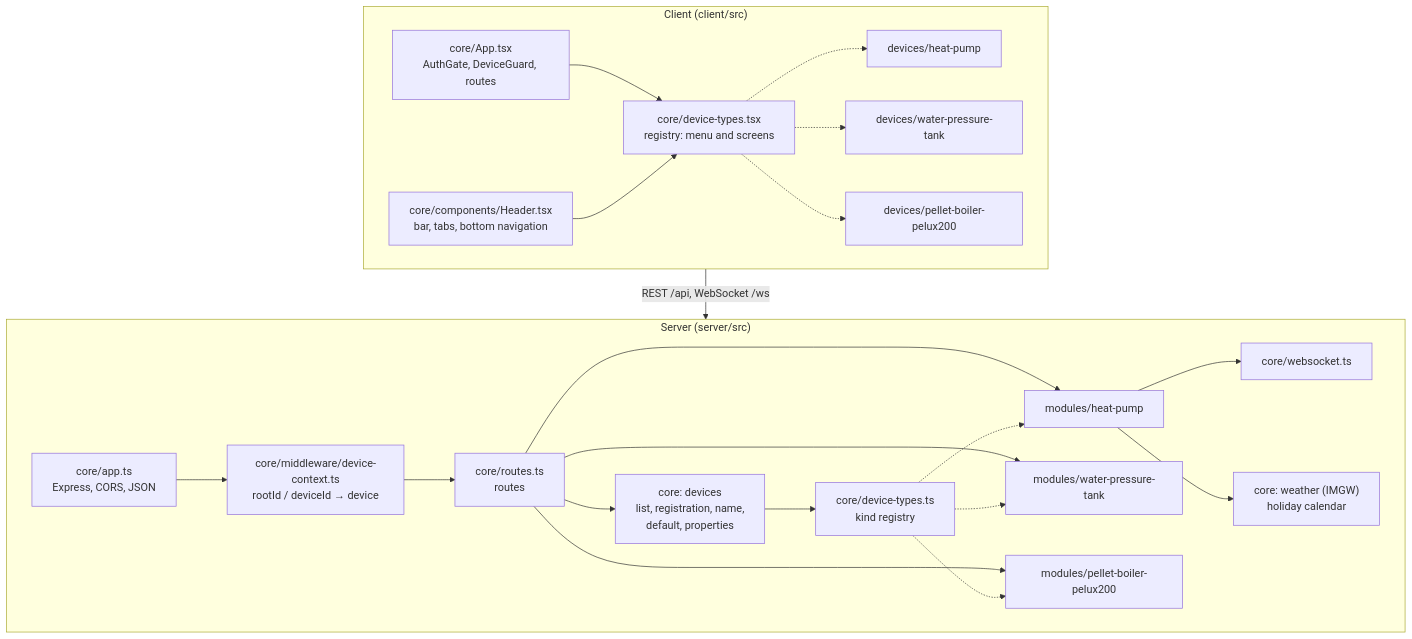
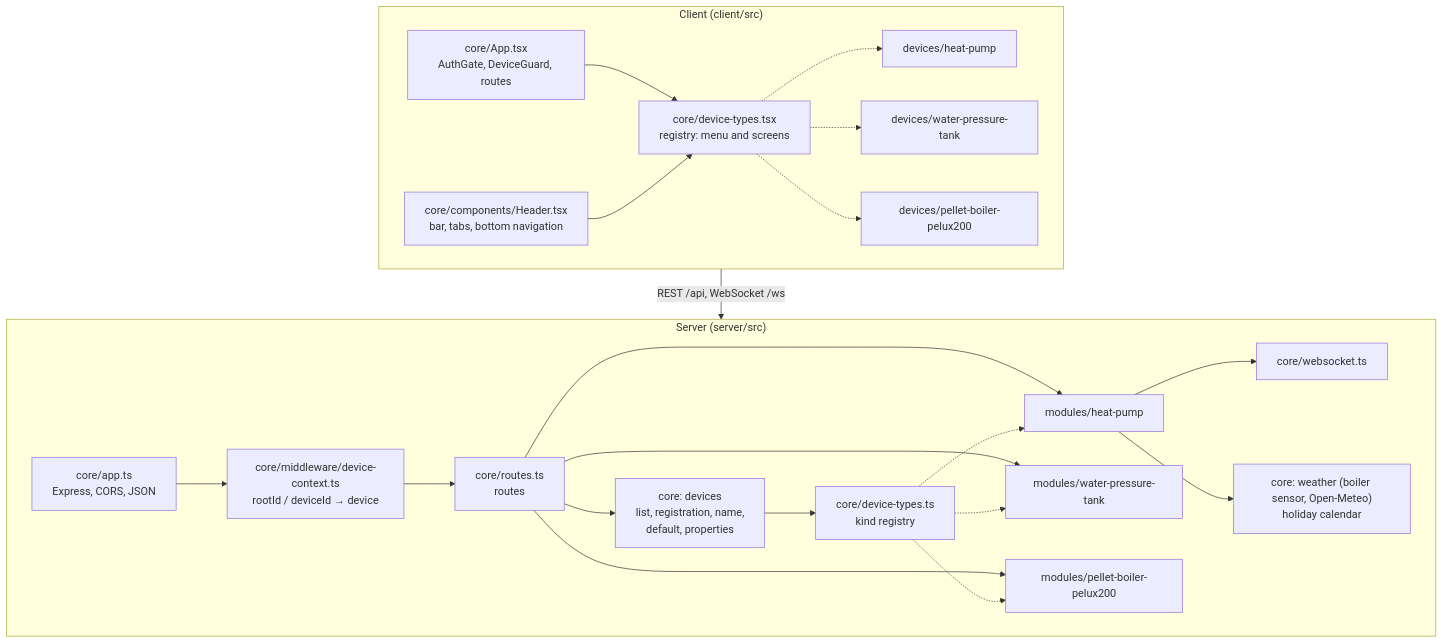
The first of 6 diagrams in docs/en/moduly/core/2-how-it-works.md (robertorlowski/my-home), drawn with Mermaid before and after one commit. The commit also changed other lines of this file and 14 other files, not shown here.

````diff
--- a/docs/en/moduly/core/2-how-it-works.md
+++ b/docs/en/moduly/core/2-how-it-works.md
@@ -9,40 +9,40 @@
 ```mermaid
 flowchart TB
     subgraph Server["Server (server/src)"]
         APP["core/app.ts<br/>Express, CORS, JSON"]
         CTX["core/middleware/device-context.ts<br/>rootId / deviceId → device"]
         RT["core/routes.ts<br/>routes"]
         DEV["core: devices<br/>list, registration, name,<br/>default, properties"]
         REG["core/device-types.ts<br/>kind registry"]
         HPM["modules/heat-pump"]
         WPT["modules/water-pressure-tank"]
         PBM["modules/pellet-boiler-pelux200"]
         WS["core/websocket.ts"]
-        MET["core: weather (IMGW)<br/>holiday calendar"]
+        MET["core: weather (boiler sensor, Open-Meteo)<br/>holiday calendar"]
         APP --> CTX --> RT
         RT --> DEV
         RT --> HPM
         RT --> WPT
         RT --> PBM
         DEV --> REG
         REG -.-> HPM
         REG -.-> WPT
         REG -.-> PBM
         HPM --> WS
         HPM --> MET
     end
     subgraph Client["Client (client/src)"]
         CAPP["core/App.tsx<br/>AuthGate, DeviceGuard, routes"]
         CREG["core/device-types.tsx<br/>registry: menu and screens"]
         HDR["core/components/Header.tsx<br/>bar, tabs, bottom navigation"]
         CHP["devices/heat-pump"]
         CWP["devices/water-pressure-tank"]
         CPB["devices/pellet-boiler-pelux200"]
         CAPP --> CREG
         HDR --> CREG
         CREG -.-> CHP
         CREG -.-> CWP
         CREG -.-> CPB
     end
     Client -- "REST /api, WebSocket /ws" --> Server
 ```
````
